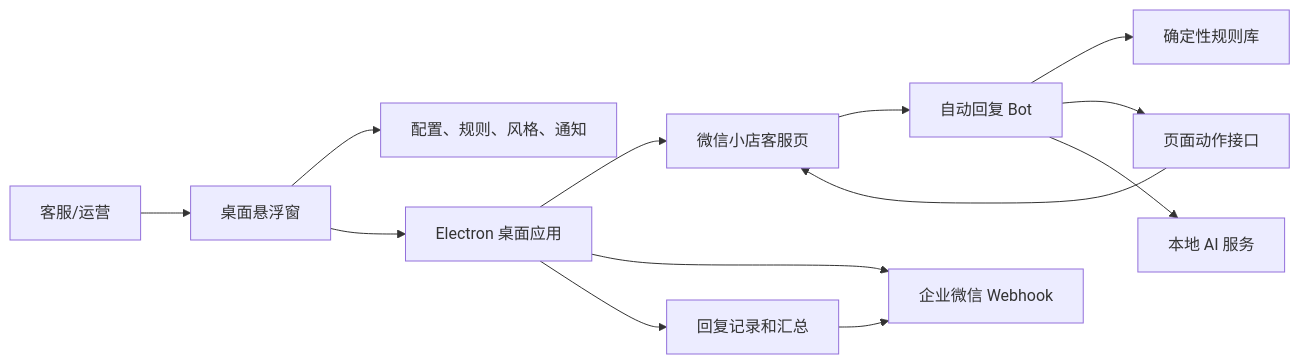
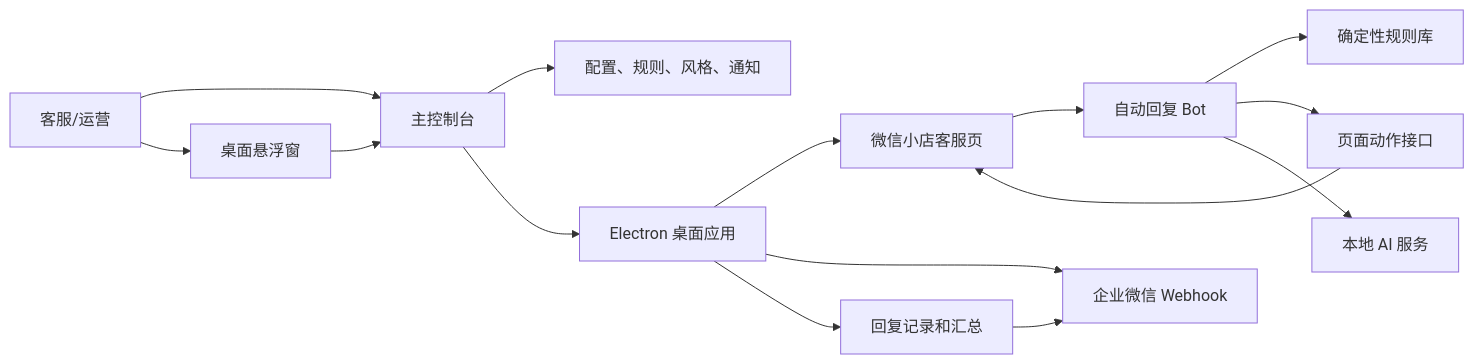
The first of 2 diagrams in README.md (JahanHe/wechat-autoreply), drawn with Mermaid before and after one commit. The commit also changed other lines of this file and 11 other files, not shown here.

````diff
--- a/README.md
+++ b/README.md
@@ -42,15 +42,17 @@
 ```mermaid
 flowchart LR
-  Operator["客服/运营"] --> Float["桌面悬浮窗"]
-  Float --> Config["配置、规则、风格、通知"]
-  Float --> App["Electron 桌面应用"]
+  Operator["客服/运营"] --> Console["主控制台"]
+  Operator --> Float["桌面悬浮窗"]
+  Console --> Config["配置、规则、风格、通知"]
+  Float --> Console
+  Console --> App["Electron 桌面应用"]
   App --> Page["微信小店客服页"]
   Page --> Bot["自动回复 Bot"]
   Bot --> Rules["确定性规则库"]
   Bot --> Actions["页面动作接口"]
   Bot --> AI["本地 AI 服务"]
   Actions --> Page
   App --> Hook["企业微信 Webhook"]
   App --> Records["回复记录和汇总"]
   Records --> Hook
 ```
````
